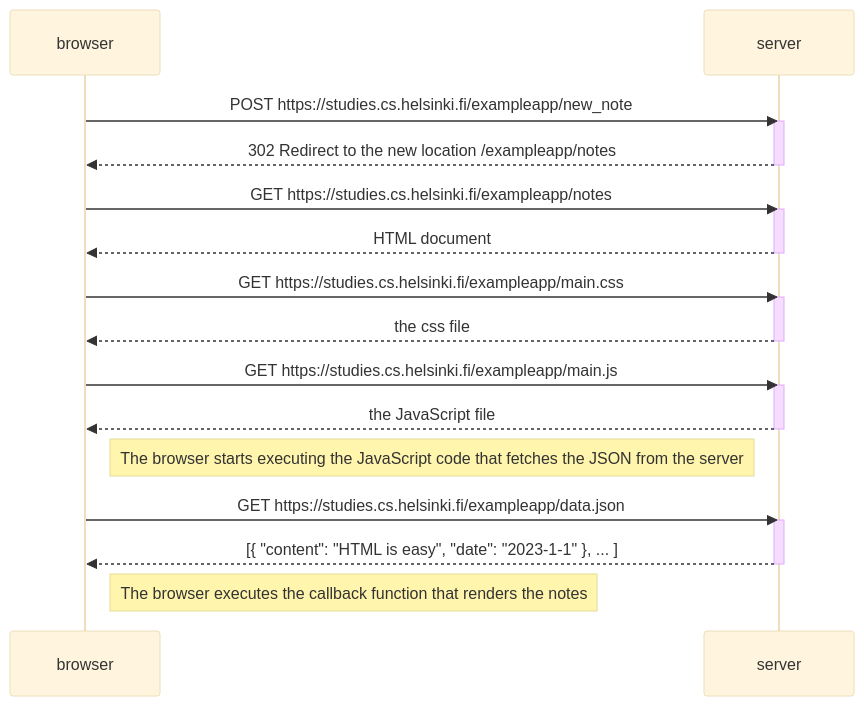
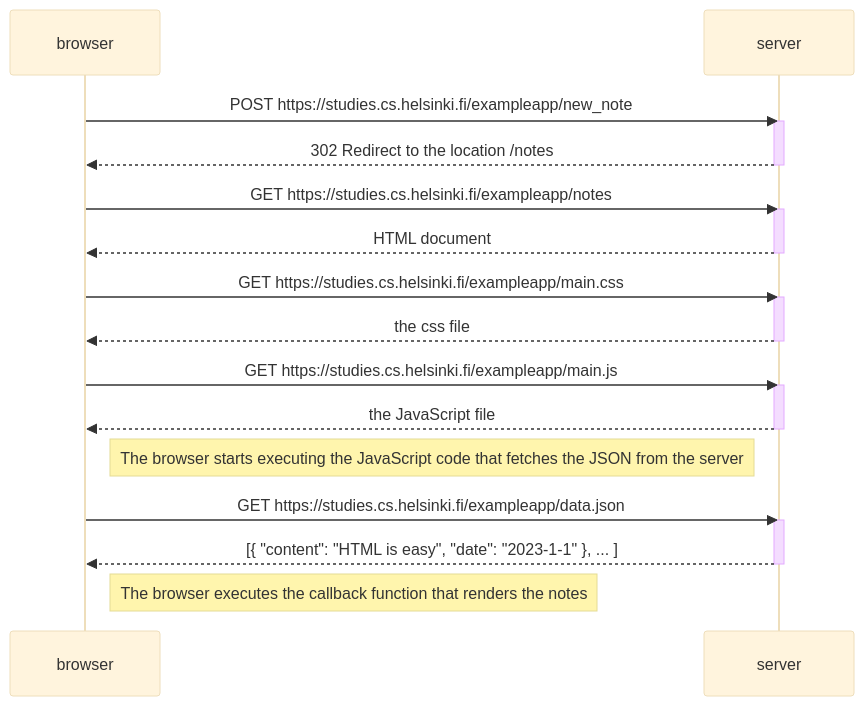
The diagram in part0/exercise4.md (omarramy22/Full_Stack_web_dev), drawn with Mermaid (base theme) before and after one commit.

````diff
--- a/part0/exercise4.md
+++ b/part0/exercise4.md
@@ -1,34 +1,34 @@
 ```mermaid
 sequenceDiagram
     participant browser
     participant server
 
     browser->>server: POST https://studies.cs.helsinki.fi/exampleapp/new_note
     activate server
-    server-->>browser: 302 Redirect to the new location /exampleapp/notes 
+    server-->>browser: 302 Redirect to the location /notes 
     deactivate server
 
     browser->>server: GET https://studies.cs.helsinki.fi/exampleapp/notes
     activate server
     server-->>browser: HTML document
     deactivate server
 
     browser->>server: GET https://studies.cs.helsinki.fi/exampleapp/main.css
     activate server
     server-->>browser: the css file
     deactivate server
 
     browser->>server: GET https://studies.cs.helsinki.fi/exampleapp/main.js
     activate server
     server-->>browser: the JavaScript file
     deactivate server
 
     Note right of browser: The browser starts executing the JavaScript code that fetches the JSON from the server
 
     browser->>server: GET https://studies.cs.helsinki.fi/exampleapp/data.json
     activate server
     server-->>browser: [{ "content": "HTML is easy", "date": "2023-1-1" }, ... ]
     deactivate server
 
     Note right of browser: The browser executes the callback function that renders the notes
 ```
````
